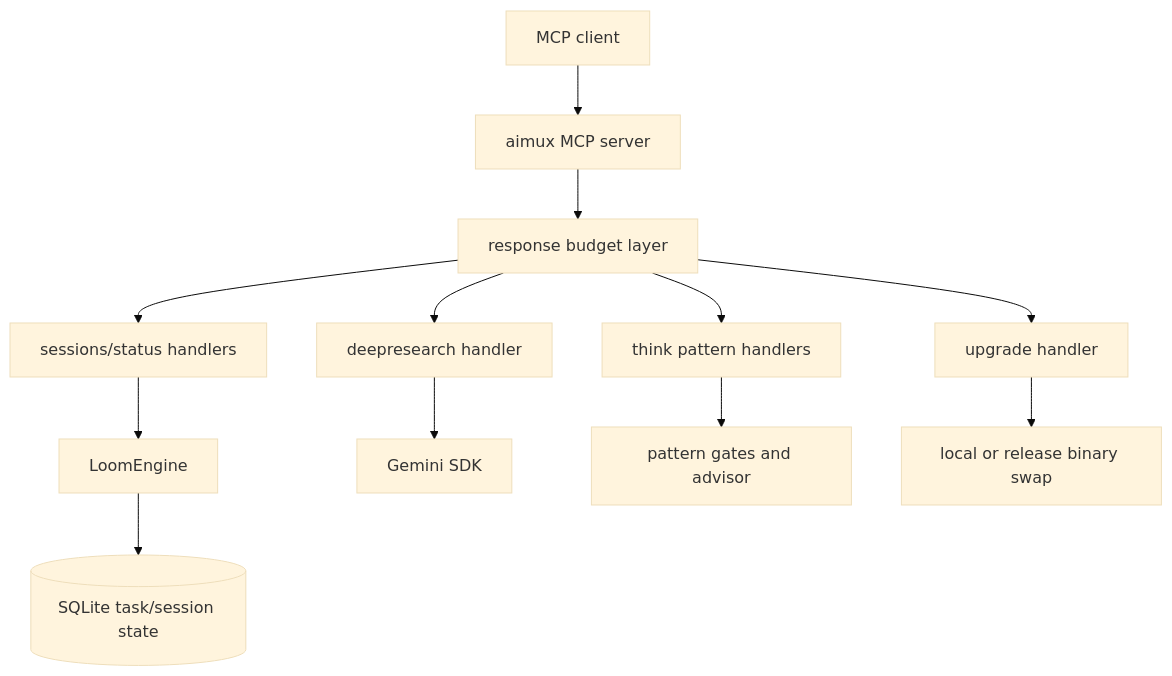
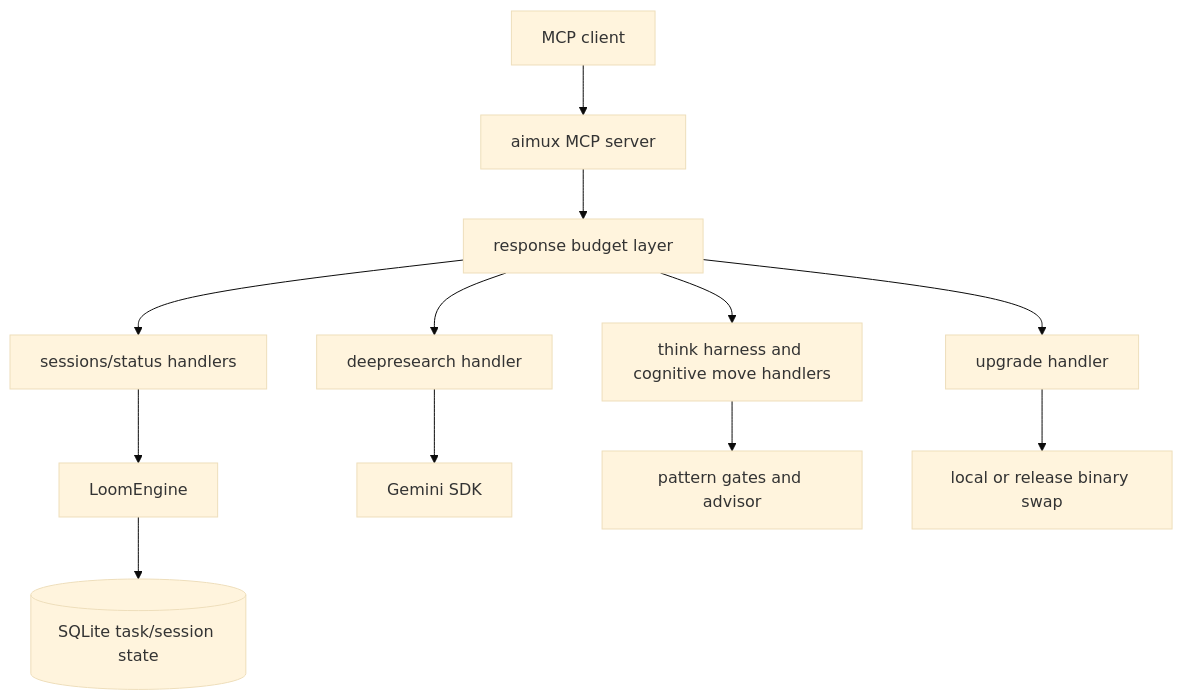
The diagram in README.md (thebtf/aimux), drawn with Mermaid (base theme) before and after one commit. The commit also changed other lines of this file and 57 other files, not shown here.

First line of the commit message:
feat(think): add caller-centered harness

````diff
--- a/README.md
+++ b/README.md
@@ -134,15 +154,15 @@
 ```mermaid
 flowchart TD
     Client[MCP client] --> Server[aimux MCP server]
     Server --> Budget[response budget layer]
     Budget --> Sessions[sessions/status handlers]
     Budget --> Research[deepresearch handler]
     Budget --> Upgrade[upgrade handler]
-    Budget --> Think[think pattern handlers]
+    Budget --> Think[think harness and cognitive move handlers]
 
     Sessions --> Loom[LoomEngine]
     Loom --> SQLite[(SQLite task/session state)]
     Research --> Gemini[Gemini SDK]
     Think --> Gates[pattern gates and advisor]
     Upgrade --> Binary[local or release binary swap]
 ```
````
